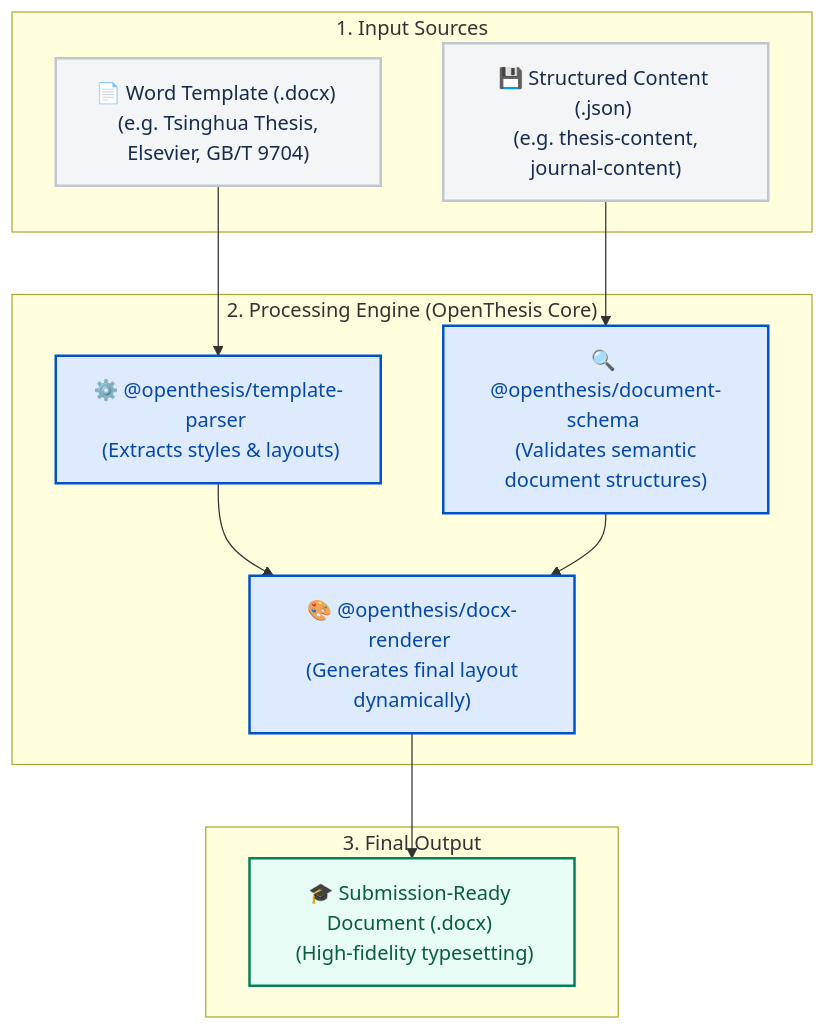
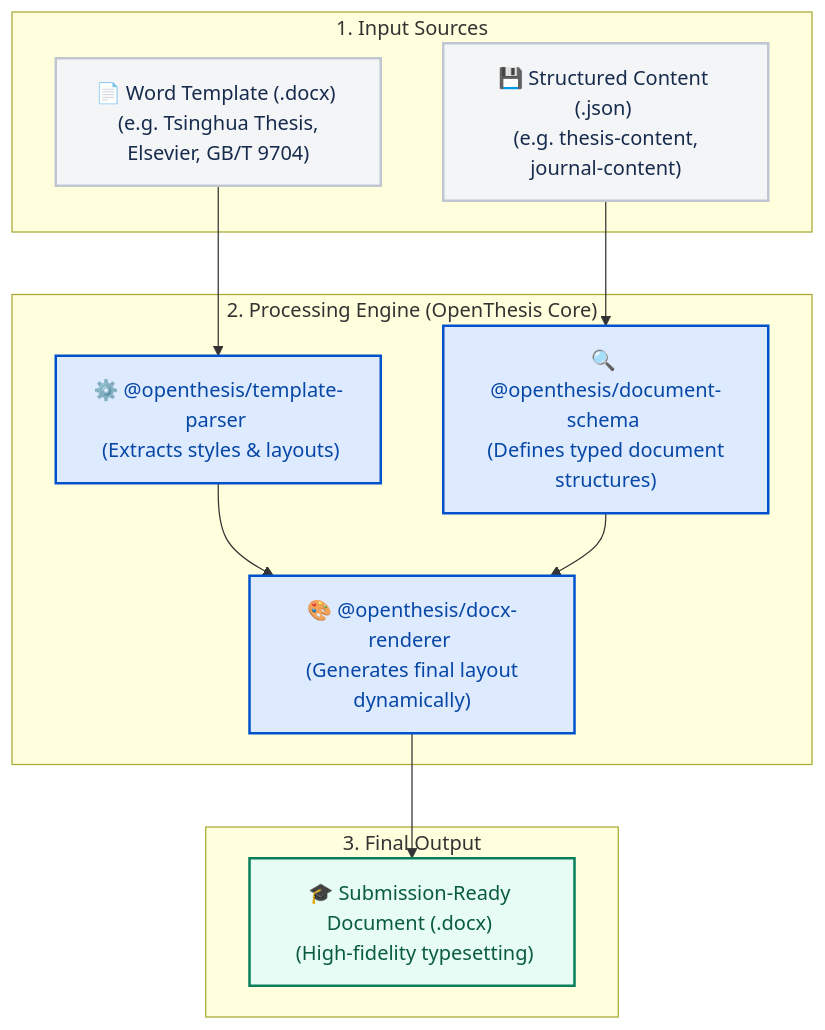
Before and after one commit to 1771902720-lgtm/OpenThesis: the diagram in README.md, drawn with Mermaid. The commit also changed other lines of this file and 19 other files, not shown here.

````diff
--- a/README.md
+++ b/README.md
@@ -36,34 +39,34 @@
 ```mermaid
 graph TD
     %% Nodes and Groups
     subgraph Inputs ["1. Input Sources"]
         A["📄 Word Template (.docx) <br> (e.g. Tsinghua Thesis, Elsevier, GB/T 9704)"]
         B["💾 Structured Content (.json) <br> (e.g. thesis-content, journal-content)"]
     end
 
     subgraph Core ["2. Processing Engine (OpenThesis Core)"]
         C["⚙️ @openthesis/template-parser <br> (Extracts styles & layouts)"]
-        D["🔍 @openthesis/document-schema <br> (Validates semantic document structures)"]
+        D["🔍 @openthesis/document-schema <br> (Defines typed document structures)"]
         E["🎨 @openthesis/docx-renderer <br> (Generates final layout dynamically)"]
     end
 
     subgraph Output ["3. Final Output"]
         F["🎓 Submission-Ready Document (.docx) <br> (High-fidelity typesetting)"]
     end
 
     %% Flows
     A --> C
     B --> D
     C --> E
     D --> E
     E --> F
 
     %% Styling
     classDef inputStyle fill:#f4f5f7,stroke:#c1c7d0,stroke-width:2px,color:#172b4d;
     classDef coreStyle fill:#deebff,stroke:#0052cc,stroke-width:2px,color:#0747a6;
     classDef outputStyle fill:#e6fcf5,stroke:#087f5b,stroke-width:2px,color:#095b42;
 
     class A,B inputStyle;
     class C,D,E coreStyle;
     class F outputStyle;
 ```
````
